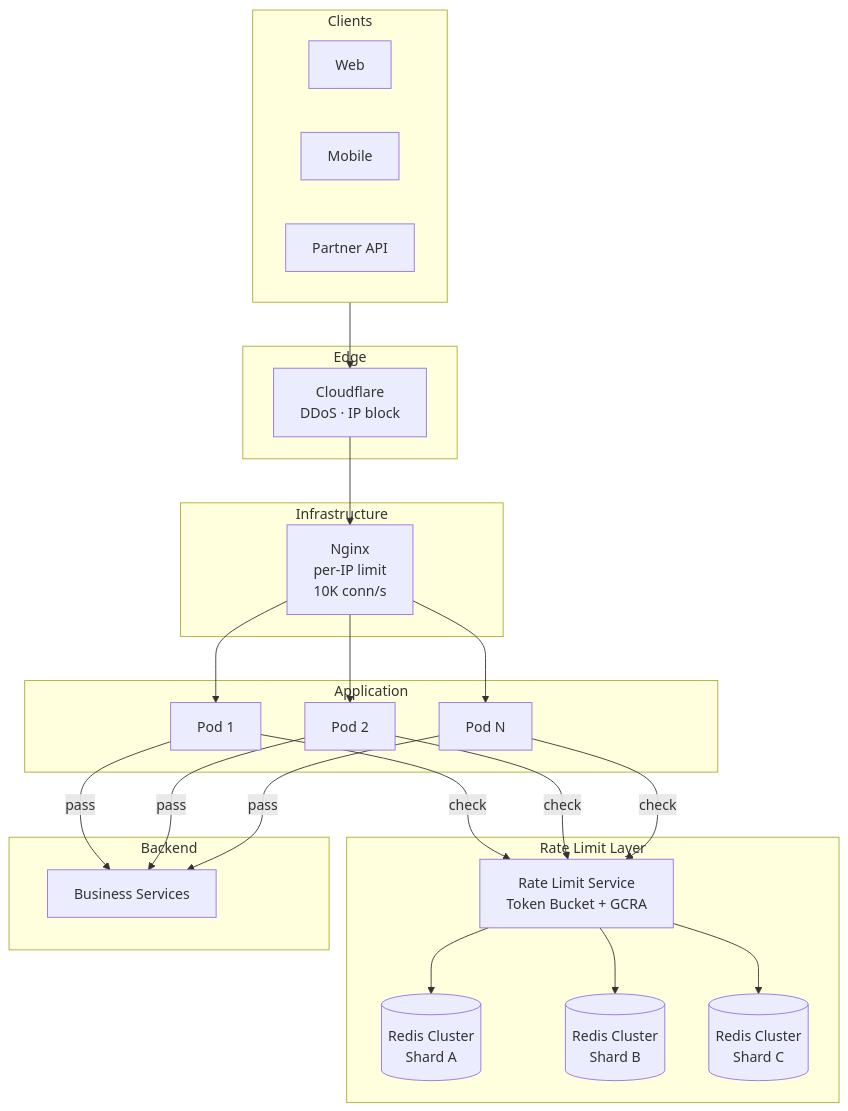
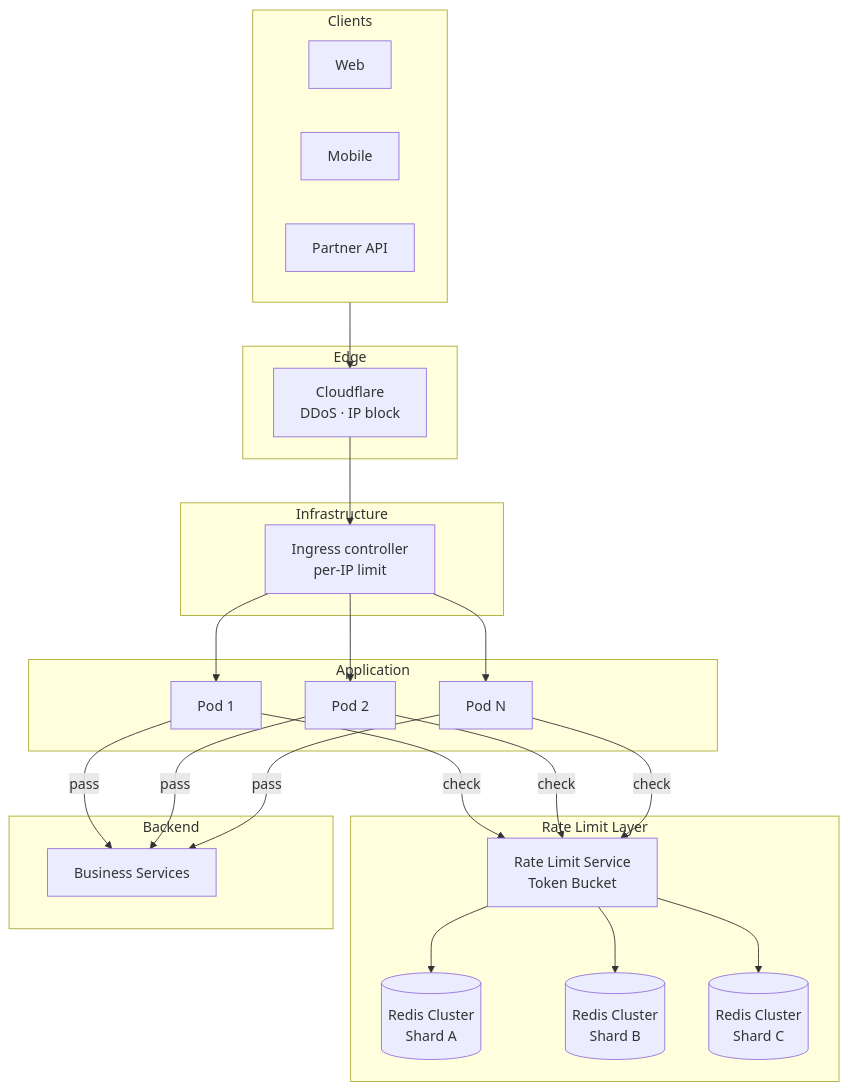
Diagram 12 of 13 in presentation/rate-limit-outline.md (spartan-nhanta/vntech-rate-limit), drawn with Mermaid before and after one commit. The commit also changed other lines of this file and 15 other files, not shown here.

````diff
--- a/presentation/rate-limit-outline.md
+++ b/presentation/rate-limit-outline.md
@@ -613,38 +624,38 @@
 ```mermaid
 graph TB
     subgraph Clients
         C1[Web] 
         C2[Mobile]
         C3[Partner API]
     end
 
     subgraph Edge
         CF[Cloudflare\nDDoS · IP block]
     end
 
     subgraph Infrastructure
-        LB[Nginx\nper-IP limit\n10K conn/s]
+        LB[Ingress controller\nper-IP limit]
     end
 
     subgraph Application
         P1[Pod 1]
         P2[Pod 2]
         P3[Pod N]
     end
 
     subgraph RateLimit["Rate Limit Layer"]
-        RL[Rate Limit Service\nToken Bucket + GCRA]
+        RL[Rate Limit Service\nToken Bucket]
         RC1[(Redis Cluster\nShard A)]
         RC2[(Redis Cluster\nShard B)]
         RC3[(Redis Cluster\nShard C)]
     end
 
     subgraph Backend
         SVC[Business Services]
     end
 
     Clients --> CF --> LB --> P1 & P2 & P3
     P1 & P2 & P3 -->|check| RL
     RL --> RC1 & RC2 & RC3
     P1 & P2 & P3 -->|pass| SVC
 ```
````
